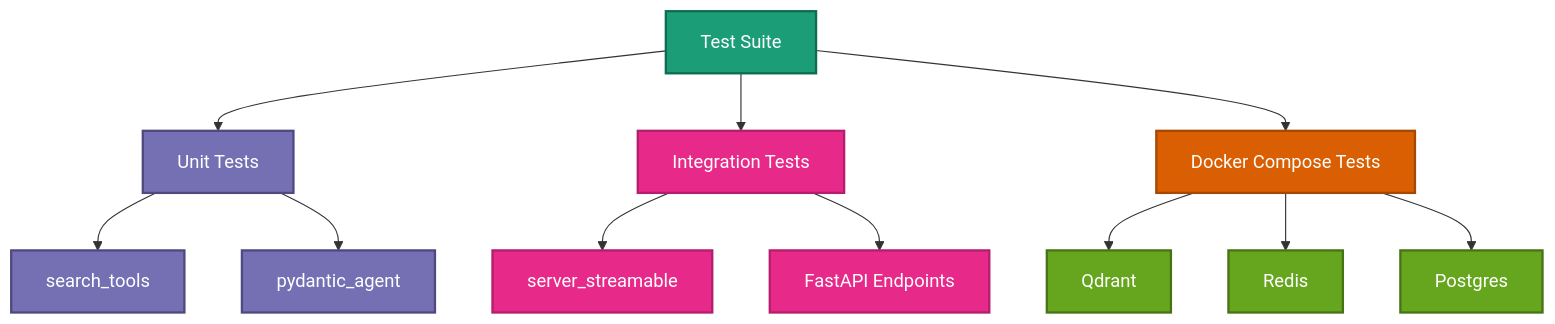
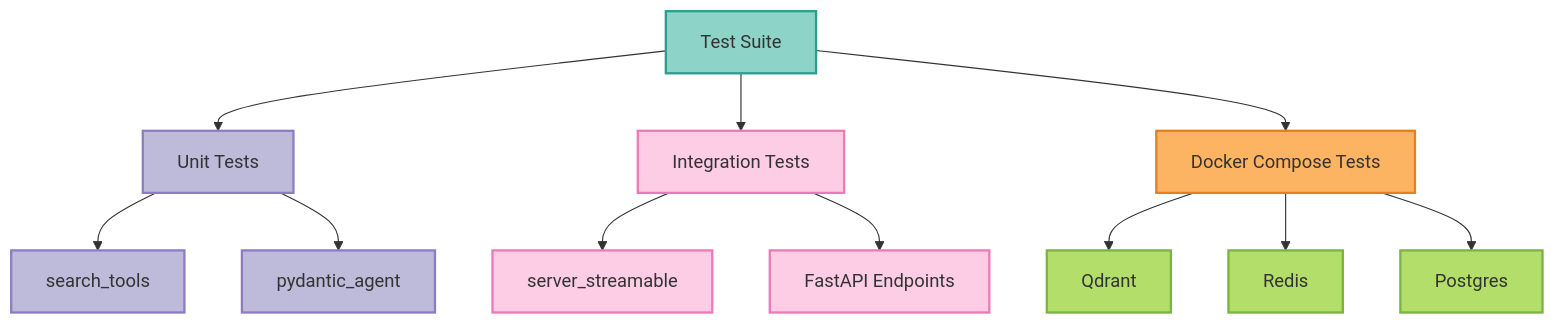
The diagram in docs/releases/v2-8-0.mdx (vishnu2kmohan/mcp-server-langgraph), drawn with Mermaid before and after one commit. The commit also changed 11 other files, not shown here.

First line of the commit message:
style: migrate all diagrams from Dark2 to Set3 ColorBrewer2 palette

````diff
--- a/docs/releases/v2-8-0.mdx
+++ b/docs/releases/v2-8-0.mdx
@@ -332,29 +332,29 @@
 ```mermaid
 graph TB
     A[Test Suite] --> B[Unit Tests]
     A --> C[Integration Tests]
     A --> D[Docker Compose Tests]
 
     B --> E[search_tools]
     B --> F[pydantic_agent]
 
     C --> G[server_streamable]
     C --> H[FastAPI Endpoints]
 
     D --> I[Qdrant]
     D --> J[Redis]
     D --> K[Postgres]
 
-    %% ColorBrewer2 Dark2 palette styling
-    classDef suiteStyle fill:#1b9e77,stroke:#116b52,stroke-width:2px,color:#fff
-    classDef unitStyle fill:#7570b3,stroke:#4e4a7f,stroke-width:2px,color:#fff
-    classDef integrationStyle fill:#e7298a,stroke:#b31e6d,stroke-width:2px,color:#fff
-    classDef dockerStyle fill:#d95f02,stroke:#a64801,stroke-width:2px,color:#fff
-    classDef serviceStyle fill:#66a61e,stroke:#477315,stroke-width:2px,color:#fff
+    %% ColorBrewer2 Set3 palette styling
+    classDef suiteStyle fill:#8dd3c7,stroke:#2a9d8f,stroke-width:2px,color:#333
+    classDef unitStyle fill:#bebada,stroke:#8e7cc3,stroke-width:2px,color:#333
+    classDef integrationStyle fill:#fccde5,stroke:#ec7ab8,stroke-width:2px,color:#333
+    classDef dockerStyle fill:#fdb462,stroke:#e67e22,stroke-width:2px,color:#333
+    classDef serviceStyle fill:#b3de69,stroke:#7cb342,stroke-width:2px,color:#333
 
     class A suiteStyle
     class B,E,F unitStyle
     class C,G,H integrationStyle
     class D dockerStyle
     class I,J,K serviceStyle
 ```
````
